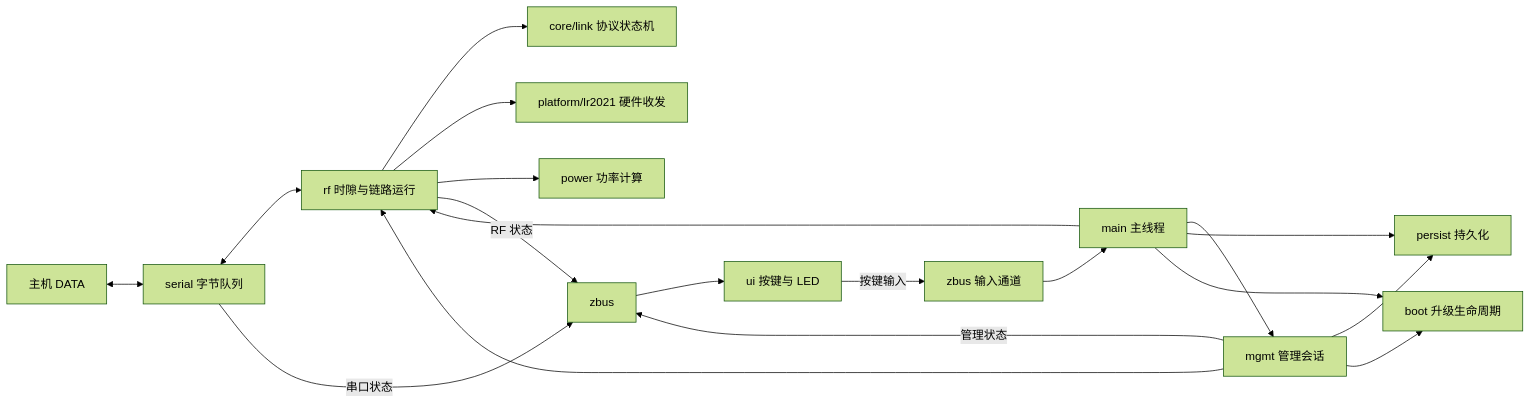
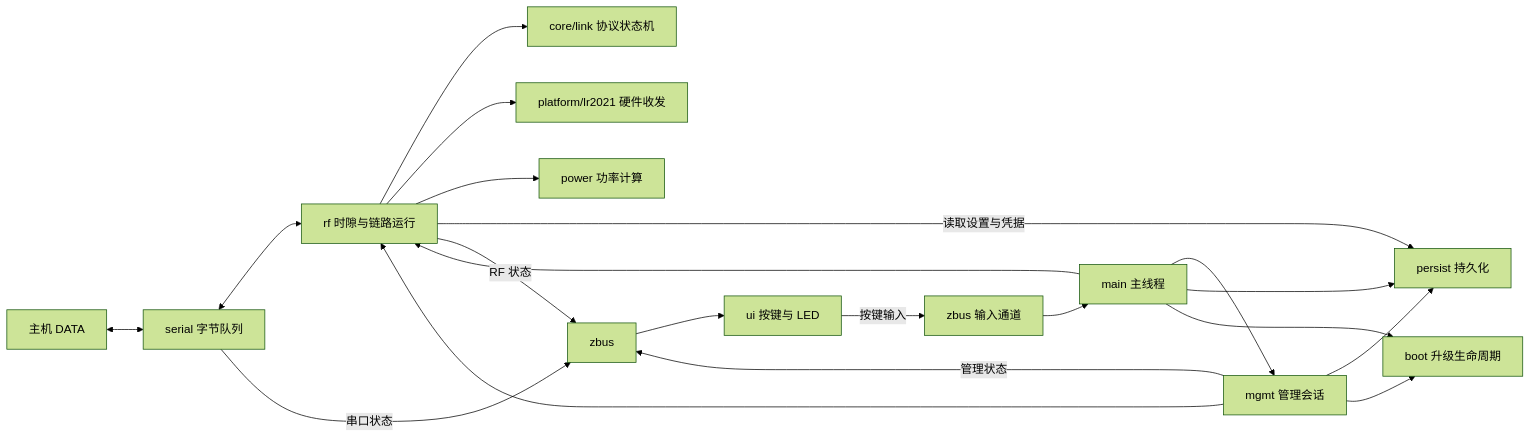
The diagram in doc/06-architecture.md (qsheeeeen/zlrs), drawn with Mermaid (forest theme) before and after one commit. The commit also changed other lines of this file and 12 other files, not shown here.

````diff
--- a/doc/06-architecture.md
+++ b/doc/06-architecture.md
@@ -78,21 +78,22 @@
 ```mermaid
 flowchart LR
     Host[主机 DATA] <--> Serial[serial 字节队列]
     Serial <--> RF[rf 时隙与链路运行]
     RF --> Link[core/link 协议状态机]
     RF --> Radio[platform/lr2021 硬件收发]
     RF --> Power[power 功率计算]
     Main[main 主线程] --> RF
     Main --> Mgmt[mgmt 管理会话]
     Main --> Persist[persist 持久化]
+    RF -->|读取设置与凭据| Persist
     Main --> Boot[boot 升级生命周期]
     Mgmt --> Persist
     Mgmt --> RF
     Mgmt --> Boot
     RF -->|RF 状态| Bus[zbus]
     Serial -->|串口状态| Bus
     Mgmt -->|管理状态| Bus
     Bus --> UI[ui 按键与 LED]
     UI -->|按键输入| Input[zbus 输入通道]
     Input --> Main
 ```
````
